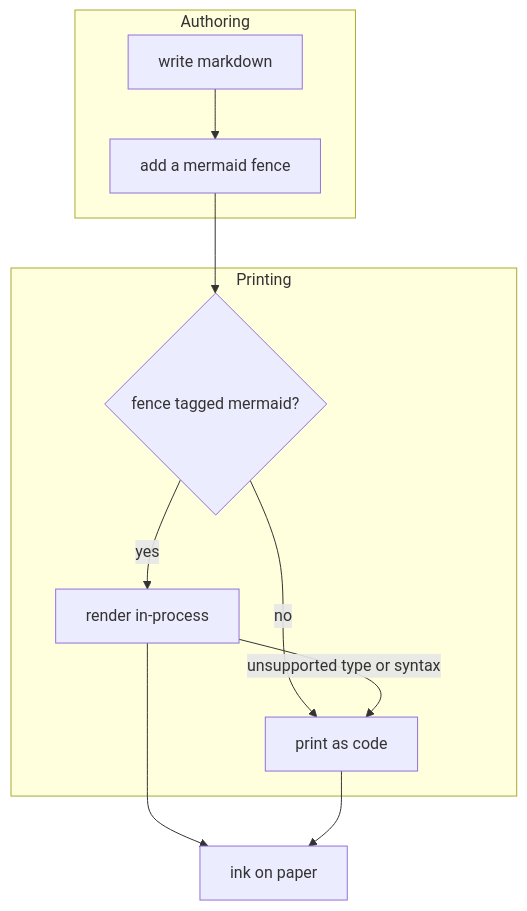
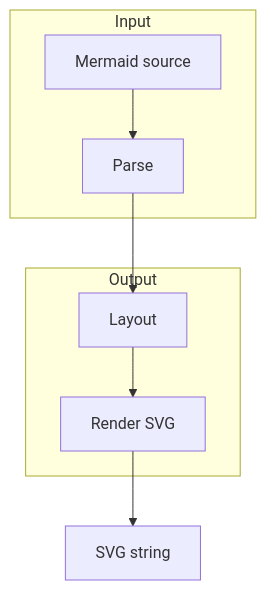
The first of 27 diagrams in tests/Mermaider.Tests/Fixtures/mermaid.md (nullean/mermaider), drawn with Mermaid before and after one commit. The commit also changed other lines of this file, not shown here.

Commit message:
Rewrite mermaid.md fixture to be Mermaider-focused, remove WinPrint references

````diff
--- a/tests/Mermaider.Tests/Fixtures/mermaid.md
+++ b/tests/Mermaider.Tests/Fixtures/mermaid.md
@@ -32,15 +9,11 @@
 ```mermaid
 flowchart TB
-    subgraph authoring[Authoring]
-        MD[write markdown] --> FENCE[add a mermaid fence]
+    subgraph input[Input]
+        SRC[Mermaid source] --> PARSE[Parse]
     end
-    subgraph printing[Printing]
-        PARSE{fence tagged mermaid?}
-        PARSE -->|yes| RENDER[render in-process]
-        PARSE -->|no| CODE[print as code]
-        RENDER -->|unsupported type or syntax| CODE
+    subgraph output[Output]
+        LAYOUT[Layout] --> RENDER[Render SVG]
     end
-    FENCE --> PARSE
-    RENDER --> PAGE[ink on paper]
-    CODE --> PAGE
+    PARSE --> LAYOUT
+    RENDER --> SVG[SVG string]
 ```
````
